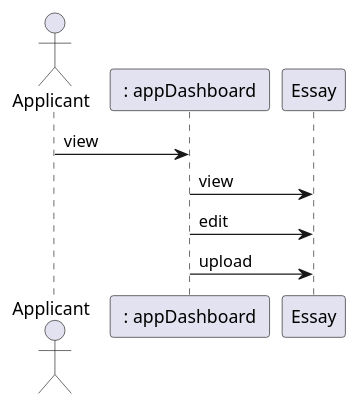
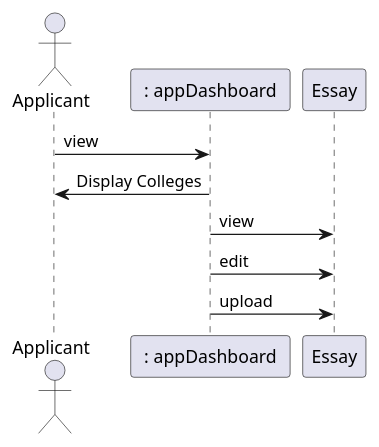
One commit to jlederer33/Essay-Review-App changed the second of 3 diagrams in intellij/doc/design.md. Above: the diagram before and after it, drawn with PlantUML. The commit also changed other lines of this file, not shown here.

````diff
--- a/intellij/doc/design.md
+++ b/intellij/doc/design.md
@@ -37,10 +37,11 @@
 ```plantuml
 actor Applicant as applicant
 participant " : appDashboard " as appDashboard
 applicant-> appDashboard : view
+appDashboard-> applicant : Display Colleges
 appDashboard-> Essay : view
 appDashboard-> Essay : edit
 appDashboard-> Essay : upload
 
 
 ```
````
